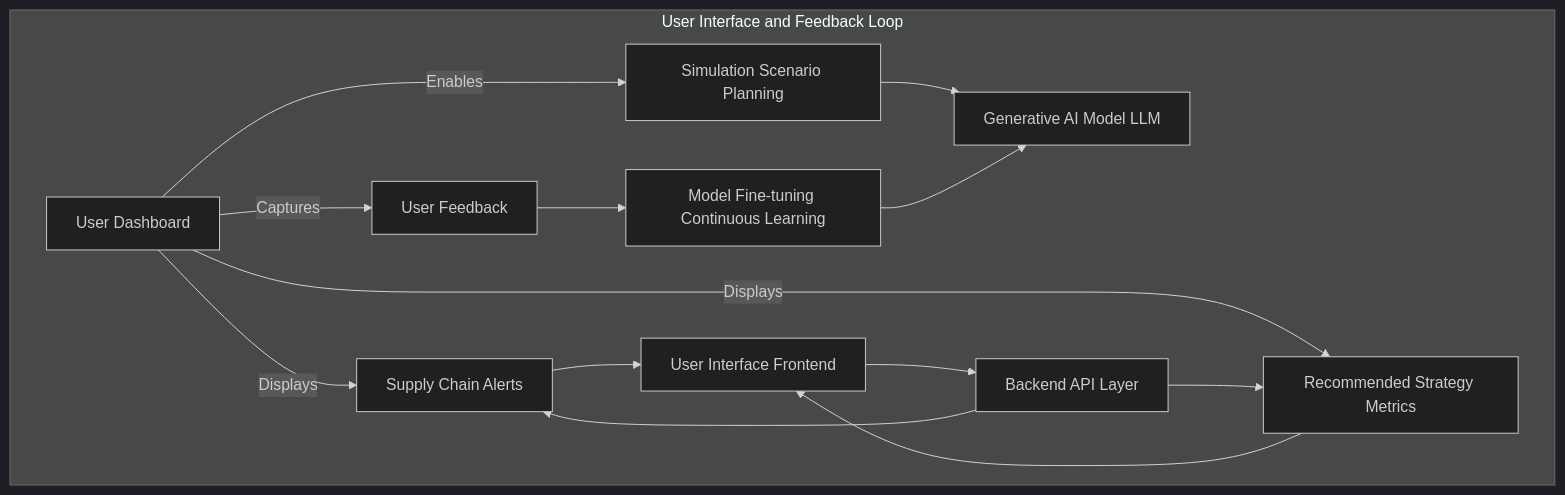
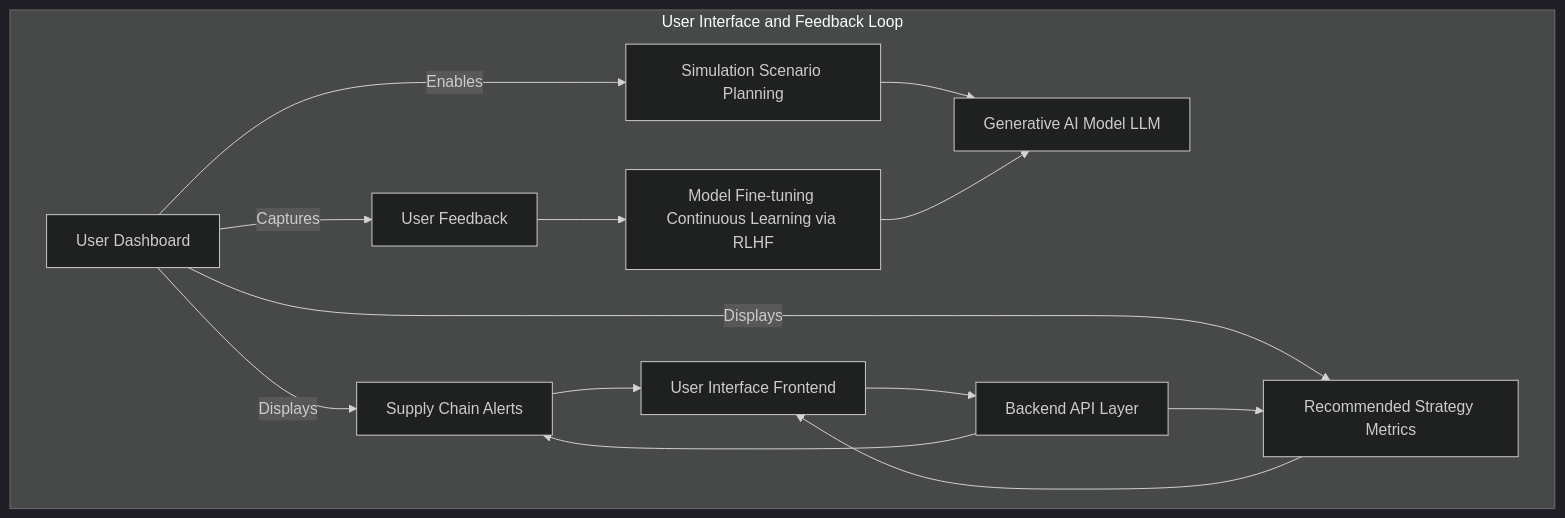
The sixth of 10 diagrams in inventions/024_predictive_supply_chain_disruption.md (diplomat-bit/Citibank_Demo_Business_Inc_Demonstration-), drawn with Mermaid (dark theme) before and after one commit. The commit also changed other lines of this file, not shown here.

````diff
--- a/inventions/024_predictive_supply_chain_disruption.md
+++ b/inventions/024_predictive_supply_chain_disruption.md
@@ -208,17 +219,17 @@
 ```mermaid
 graph TD
     subgraph User Interface and Feedback Loop
         UDASH[User Dashboard] -- Displays --> SCA[Supply Chain Alerts]
         UDASH -- Displays --> RSMS[Recommended Strategy Metrics]
         UDASH -- Enables --> SSP[Simulation Scenario Planning]
         UDASH -- Captures --> UFB[User Feedback]
 
         SCA & RSMS --> UI_FE[User Interface Frontend]
         SSP --> GAI_LLM[Generative AI Model LLM]
-        UFB --> MODEL_FT[Model Fine-tuning Continuous Learning]
+        UFB --> MODEL_FT[Model Fine-tuning Continuous Learning via RLHF]
         MODEL_FT --> GAI_LLM
         UI_FE --> API_LAYER[Backend API Layer]
         API_LAYER --> SCA
         API_LAYER --> RSMS
     end
 ```
````
